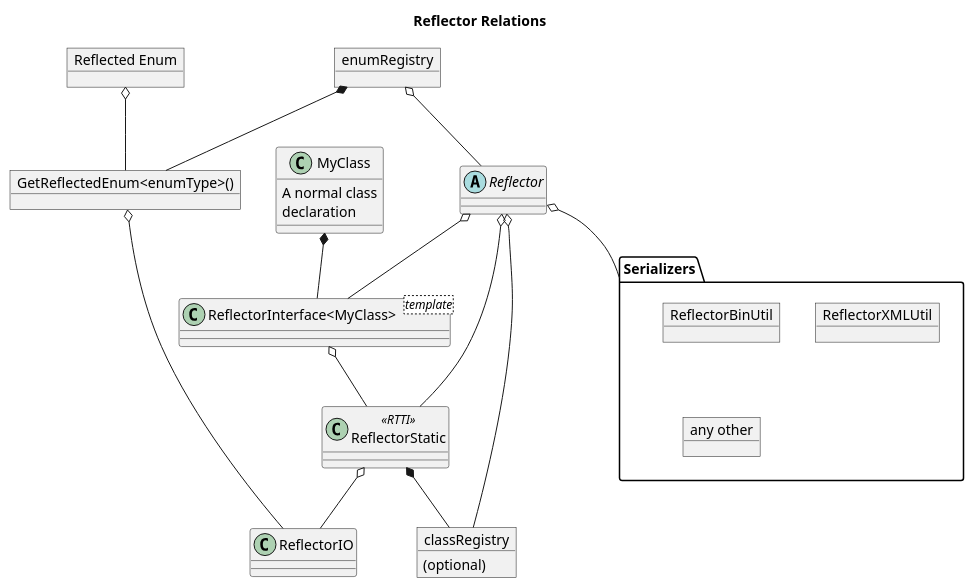
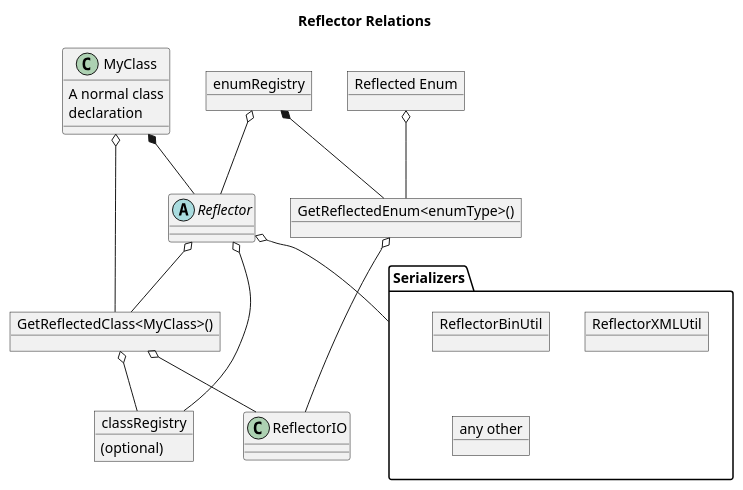
The diagram in doc/rf_rel.puml (PredatorCZ/Spike), drawn with PlantUML before and after one commit. The commit also changed 13 other files, not shown here.

```diff
--- a/doc/rf_rel.puml
+++ b/doc/rf_rel.puml
@@ -1,35 +1,33 @@
 @startuml rf_rel
 title Reflector Relations
 class MyClass {
     A normal class
     declaration
 }
-class "ReflectorInterface<MyClass><template>" as ReflectorInterface
+object "GetReflectedClass<MyClass>()" as GetReflectedClass
 abstract class Reflector
-class ReflectorStatic<<RTTI>>
 object classRegistry
 class ReflectorIO
 package Serializers {
     object ReflectorBinUtil
     object ReflectorXMLUtil
     object "any other" as anyser
 }
 object "Reflected Enum" as refEnum
 object "GetReflectedEnum<enumType>()" as GRE
 object enumRegistry
 
 classRegistry : (optional)
 
-MyClass *-- ReflectorInterface
-ReflectorInterface o-- ReflectorStatic
-Reflector o-- ReflectorStatic
-Reflector o-- ReflectorInterface
-ReflectorStatic *-- classRegistry
-ReflectorStatic o-- ReflectorIO
+MyClass o-- GetReflectedClass
+MyClass *-- Reflector
+Reflector o-- GetReflectedClass
+GetReflectedClass o-- classRegistry
+GetReflectedClass o-- ReflectorIO
 Reflector o- classRegistry
 Reflector o-- Serializers
 refEnum o-- GRE
 enumRegistry *-- GRE
 enumRegistry o-- Reflector
 GRE o- ReflectorIO
 @enduml
```
